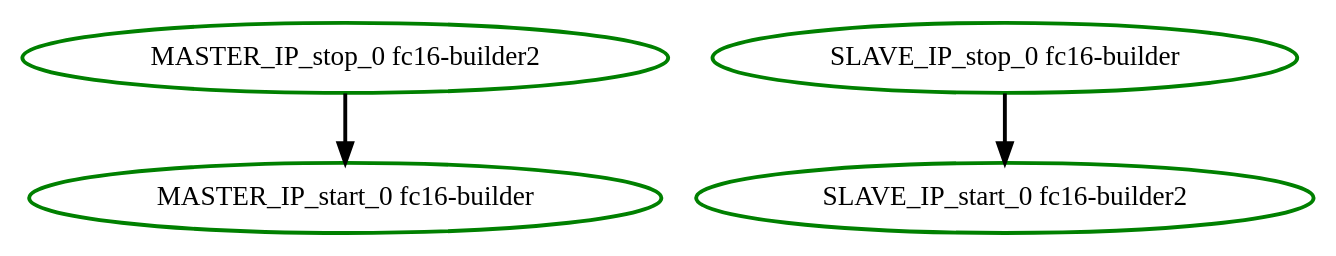
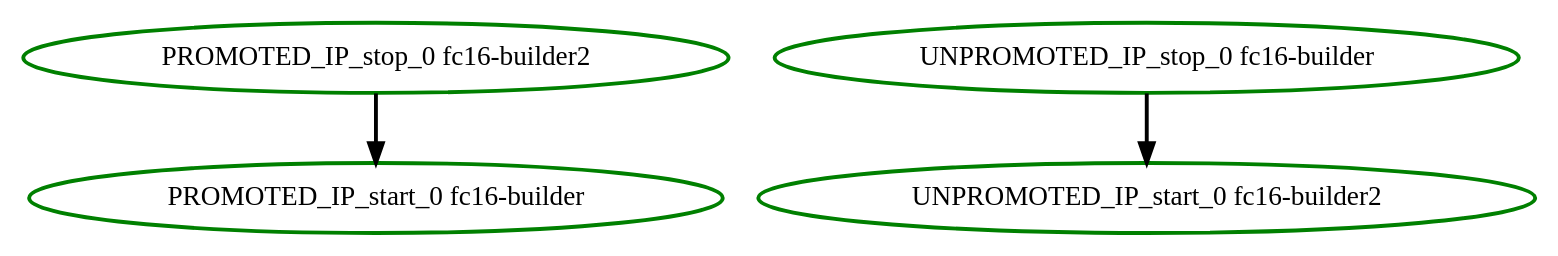
One commit to ClusterLabs/pacemaker changed the diagram in cts/scheduler/dot/clbz5007-promotable-colocation.dot. Above: the diagram before and after it, drawn with Graphviz. The commit also changed 4 other files, not shown here.

```diff
--- a/cts/scheduler/dot/clbz5007-promotable-colocation.dot
+++ b/cts/scheduler/dot/clbz5007-promotable-colocation.dot
@@ -1,8 +1,8 @@
  digraph "g" {
-"MASTER_IP_start_0 fc16-builder" [ style=bold color="green" fontcolor="black"]
-"MASTER_IP_stop_0 fc16-builder2" -> "MASTER_IP_start_0 fc16-builder" [ style = bold]
-"MASTER_IP_stop_0 fc16-builder2" [ style=bold color="green" fontcolor="black"]
-"SLAVE_IP_start_0 fc16-builder2" [ style=bold color="green" fontcolor="black"]
-"SLAVE_IP_stop_0 fc16-builder" -> "SLAVE_IP_start_0 fc16-builder2" [ style = bold]
-"SLAVE_IP_stop_0 fc16-builder" [ style=bold color="green" fontcolor="black"]
+"PROMOTED_IP_start_0 fc16-builder" [ style=bold color="green" fontcolor="black"]
+"PROMOTED_IP_stop_0 fc16-builder2" -> "PROMOTED_IP_start_0 fc16-builder" [ style = bold]
+"PROMOTED_IP_stop_0 fc16-builder2" [ style=bold color="green" fontcolor="black"]
+"UNPROMOTED_IP_start_0 fc16-builder2" [ style=bold color="green" fontcolor="black"]
+"UNPROMOTED_IP_stop_0 fc16-builder" -> "UNPROMOTED_IP_start_0 fc16-builder2" [ style = bold]
+"UNPROMOTED_IP_stop_0 fc16-builder" [ style=bold color="green" fontcolor="black"]
 }
```
